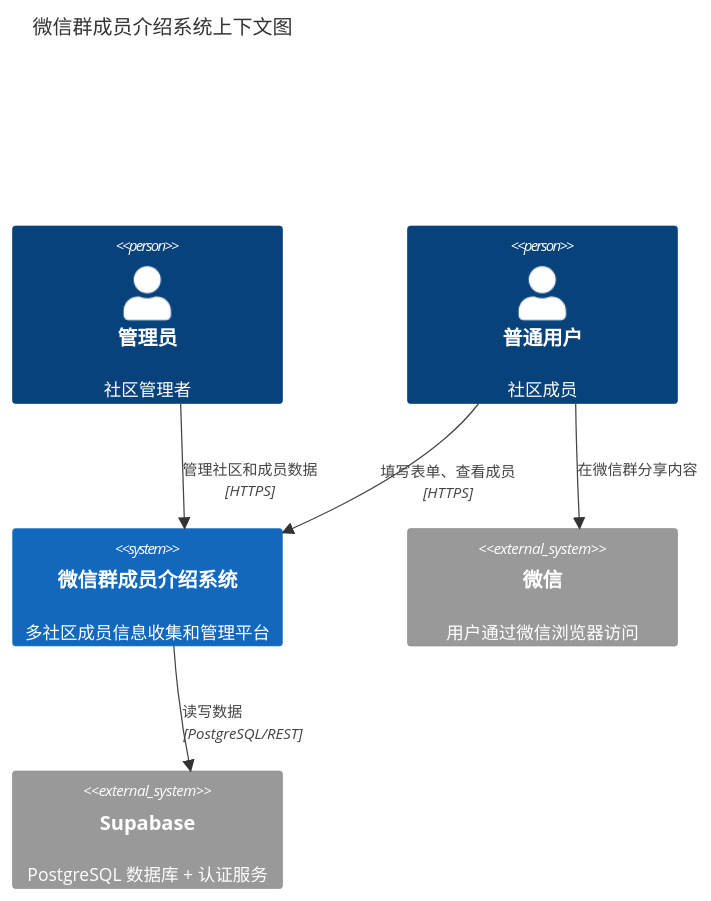
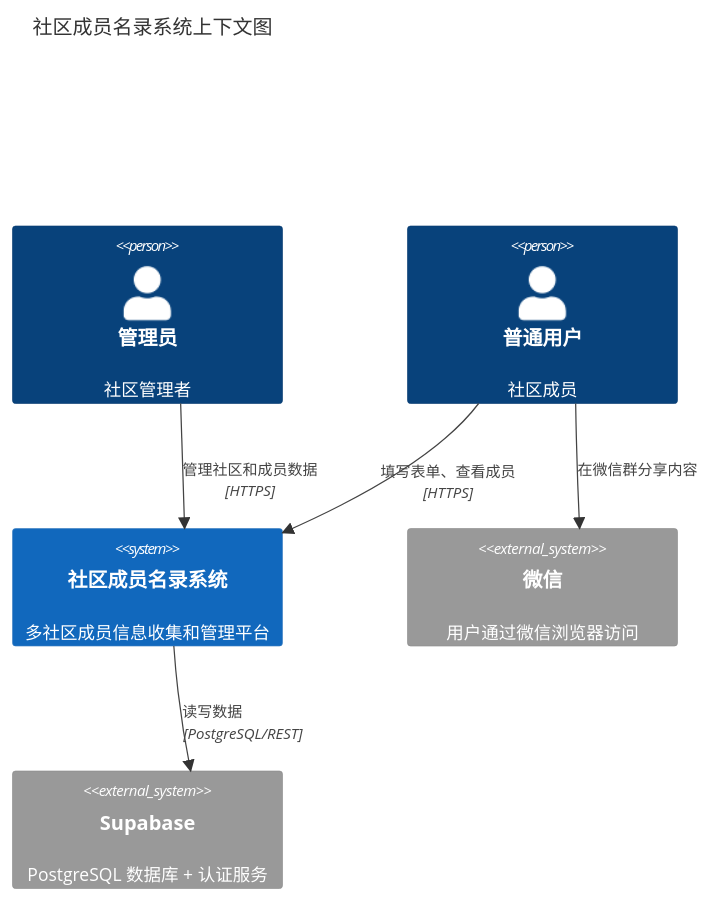
The first of 6 diagrams in specs/system/S-00-architecture.md (cathyliuwork/sdd-sample-comm-dir), drawn with Mermaid before and after one commit. The commit also changed other lines of this file and 59 other files, not shown here.

````diff
--- a/specs/system/S-00-architecture.md
+++ b/specs/system/S-00-architecture.md
@@ -56,19 +56,19 @@
 ```mermaid
 C4Context
-    title 微信群成员介绍系统上下文图
+    title 社区成员名录系统上下文图
 
     Person(admin, "管理员", "社区管理者")
     Person(user, "普通用户", "社区成员")
 
-    System(wechat_intro, "微信群成员介绍系统", "多社区成员信息收集和管理平台")
+    System(wechat_intro, "社区成员名录系统", "多社区成员信息收集和管理平台")
 
     System_Ext(wechat, "微信", "用户通过微信浏览器访问")
     System_Ext(supabase, "Supabase", "PostgreSQL 数据库 + 认证服务")
 
     Rel(admin, wechat_intro, "管理社区和成员数据", "HTTPS")
     Rel(user, wechat_intro, "填写表单、查看成员", "HTTPS")
     Rel(user, wechat, "在微信群分享内容", "")
     Rel(wechat_intro, supabase, "读写数据", "PostgreSQL/REST")
 
     UpdateLayoutConfig($c4ShapeInRow="3", $c4BoundaryInRow="1")
 ```
````
